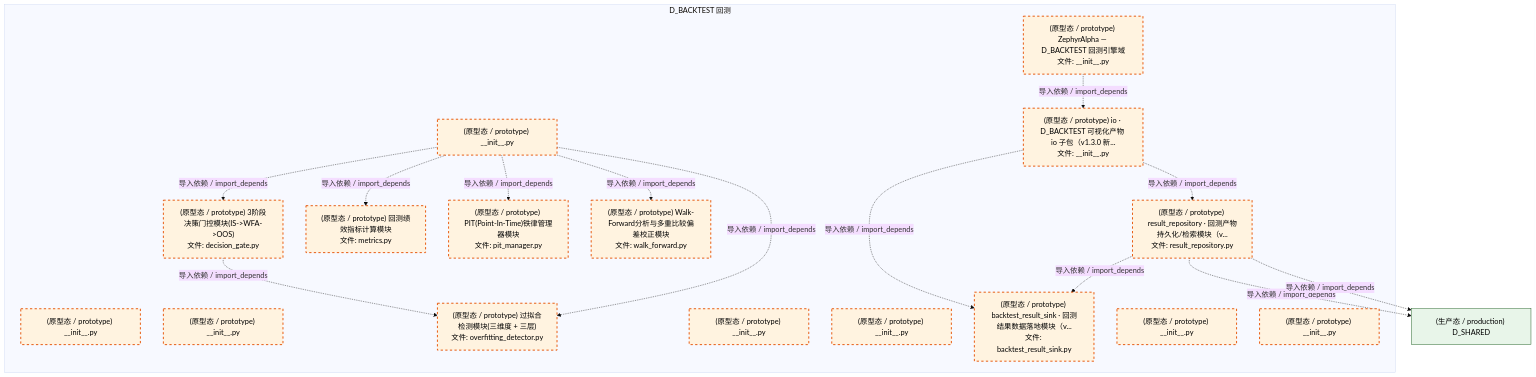
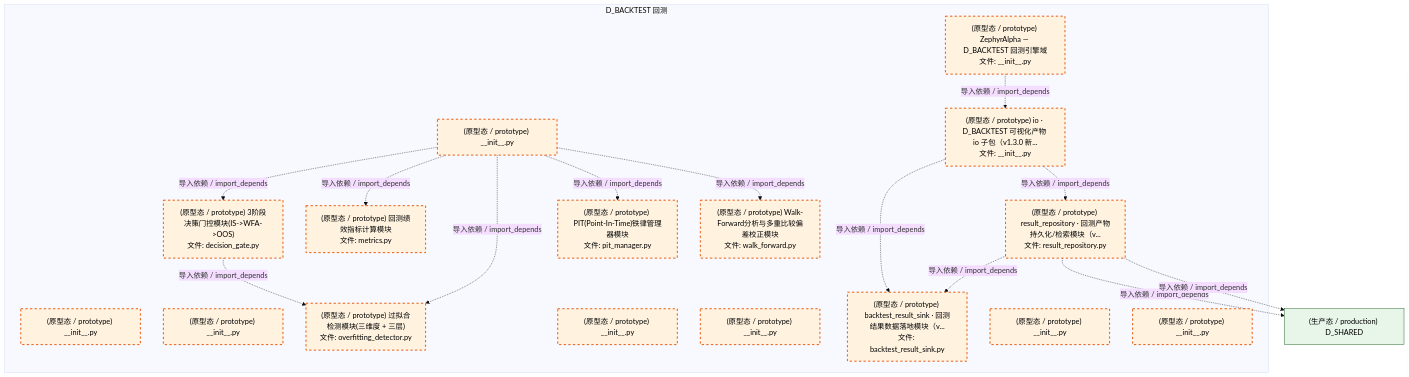
The fifth of 6 diagrams in docs/02_enterprise_architecture/02_domain_architecture_docs/30_d_backtest.md (xuanFelixVan/ZephyrAlpha), drawn with Mermaid (base theme) before and after one commit. The commit also changed other lines of this file and 125 other files, not shown here.

````diff
--- a/docs/02_enterprise_architecture/02_domain_architecture_docs/30_d_backtest.md
+++ b/docs/02_enterprise_architecture/02_domain_architecture_docs/30_d_backtest.md
@@ -346,40 +346,40 @@
 ```mermaid
 graph TD
     subgraph D_BACKTEST["D_BACKTEST 回测"]
         src_zephyr_backtest_init_py["(原型态 / prototype) ZephyrAlpha — D_BACKTEST 回测引擎域<br/>文件: __init__.py"]
         src_zephyr_backtest_extensions_init_py["(原型态 / prototype) __init__.py"]
         src_zephyr_backtest_api_init_py["(原型态 / prototype) __init__.py"]
         src_zephyr_backtest_core_init_py["(原型态 / prototype) __init__.py"]
         src_zephyr_backtest_core_decision_gate_py["(原型态 / prototype) 3阶段决策门控模块(IS->WFA->OOS)<br/>文件: decision_gate.py"]
         src_zephyr_backtest_core_metrics_py["(原型态 / prototype) 回测绩效指标计算模块<br/>文件: metrics.py"]
         src_zephyr_backtest_core_overfitting_detector_py["(原型态 / prototype) 过拟合检测模块(三维度 + 三层)<br/>文件: overfitting_detector.py"]
         src_zephyr_backtest_core_pit_manager_py["(原型态 / prototype) PIT(Point-In-Time)铁律管理器模块<br/>文件: pit_manager.py"]
         src_zephyr_backtest_core_walk_forward_py["(原型态 / prototype) Walk-Forward分析与多重比较偏差校正模块<br/>文件: walk_forward.py"]
         src_zephyr_backtest_implementations_init_py["(原型态 / prototype) __init__.py"]
         src_zephyr_backtest_infrastructure_init_py["(原型态 / prototype) __init__.py"]
         src_zephyr_backtest_io_init_py["(原型态 / prototype) io · D_BACKTEST 可视化产物 io 子包（v1.3.0 新...<br/>文件: __init__.py"]
         src_zephyr_backtest_io_backtest_result_sink_py["(原型态 / prototype) backtest_result_sink · 回测结果数据落地模块（v...<br/>文件: backtest_result_sink.py"]
         src_zephyr_backtest_io_result_repository_py["(原型态 / prototype) result_repository · 回测产物持久化/检索模块（v...<br/>文件: result_repository.py"]
         src_zephyr_backtest_models_init_py["(原型态 / prototype) __init__.py"]
         src_zephyr_backtest_services_init_py["(原型态 / prototype) __init__.py"]
     end
+    src_zephyr_backtest_init_py -.->|导入依赖 / import_depends| src_zephyr_backtest_io_init_py
     src_zephyr_backtest_core_decision_gate_py -.->|导入依赖 / import_depends| src_zephyr_backtest_core_overfitting_detector_py
-    src_zephyr_backtest_init_py -.->|导入依赖 / import_depends| src_zephyr_backtest_io_init_py
+    src_zephyr_backtest_io_result_repository_py -.->|导入依赖 / import_depends| src_zephyr_backtest_io_backtest_result_sink_py
     src_zephyr_backtest_core_init_py -.->|导入依赖 / import_depends| src_zephyr_backtest_core_decision_gate_py
+    src_zephyr_backtest_core_init_py -.->|导入依赖 / import_depends| src_zephyr_backtest_core_metrics_py
     src_zephyr_backtest_core_init_py -.->|导入依赖 / import_depends| src_zephyr_backtest_core_overfitting_detector_py
     src_zephyr_backtest_core_init_py -.->|导入依赖 / import_depends| src_zephyr_backtest_core_pit_manager_py
-    src_zephyr_backtest_core_init_py -.->|导入依赖 / import_depends| src_zephyr_backtest_core_metrics_py
     src_zephyr_backtest_core_init_py -.->|导入依赖 / import_depends| src_zephyr_backtest_core_walk_forward_py
     src_zephyr_backtest_io_init_py -.->|导入依赖 / import_depends| src_zephyr_backtest_io_backtest_result_sink_py
     src_zephyr_backtest_io_init_py -.->|导入依赖 / import_depends| src_zephyr_backtest_io_result_repository_py
-    src_zephyr_backtest_io_result_repository_py -.->|导入依赖 / import_depends| src_zephyr_backtest_io_backtest_result_sink_py
     D_SHARED["(生产态 / production) D_SHARED"]
     src_zephyr_backtest_io_result_repository_py -.->|导入依赖 / import_depends| D_SHARED
     src_zephyr_backtest_io_result_repository_py -.->|导入依赖 / import_depends| D_SHARED
     classDef production fill:#e1f5fe,stroke:#01579b,stroke-width:2px,color:#000
     classDef design fill:#fff3e0,stroke:#e65100,stroke-width:2px,color:#000,stroke-dasharray: 5 5
     classDef external_prod fill:#e8f5e9,stroke:#1b5e20,stroke-width:1px,color:#000
     classDef external_design fill:#fce4ec,stroke:#880e4f,stroke-width:1px,color:#000,stroke-dasharray: 5 5
     class src_zephyr_backtest_init_py,src_zephyr_backtest_extensions_init_py,src_zephyr_backtest_api_init_py,src_zephyr_backtest_core_init_py,src_zephyr_backtest_core_decision_gate_py,src_zephyr_backtest_core_metrics_py,src_zephyr_backtest_core_overfitting_detector_py,src_zephyr_backtest_core_pit_manager_py,src_zephyr_backtest_core_walk_forward_py,src_zephyr_backtest_implementations_init_py,src_zephyr_backtest_infrastructure_init_py,src_zephyr_backtest_io_init_py,src_zephyr_backtest_io_backtest_result_sink_py,src_zephyr_backtest_io_result_repository_py,src_zephyr_backtest_models_init_py,src_zephyr_backtest_services_init_py design
     class D_SHARED external_prod
 ```
````
